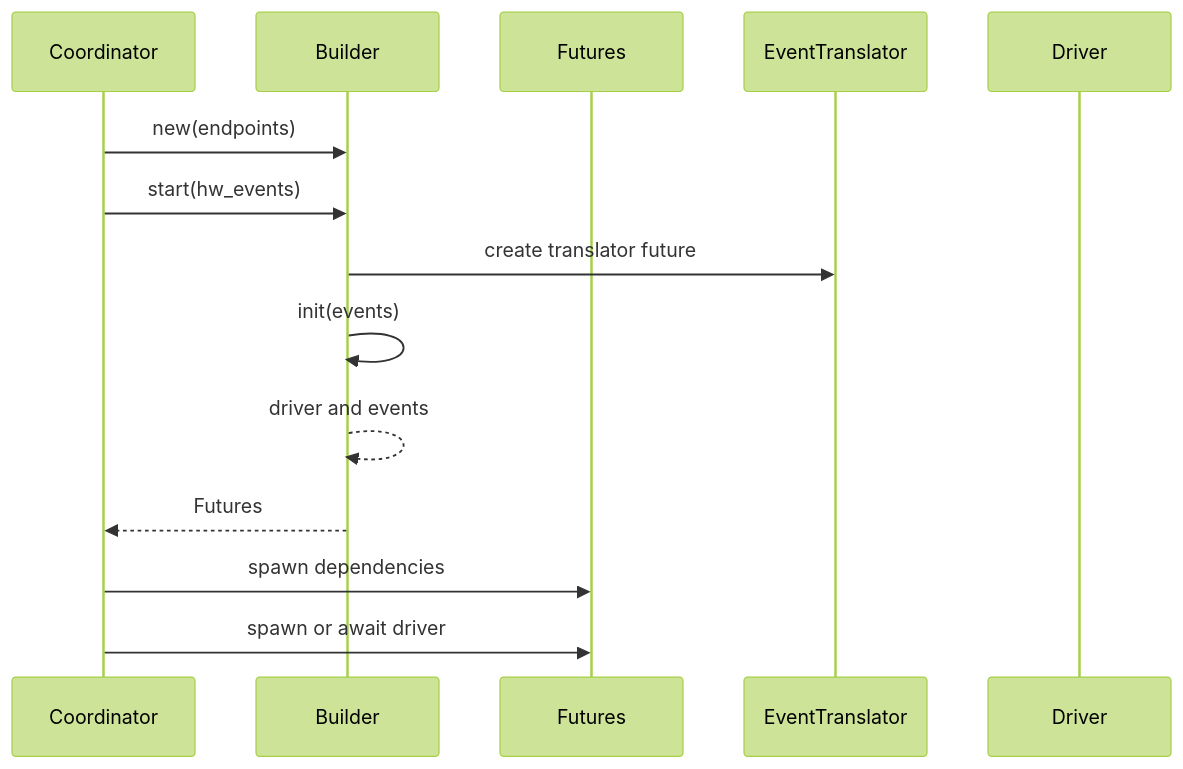
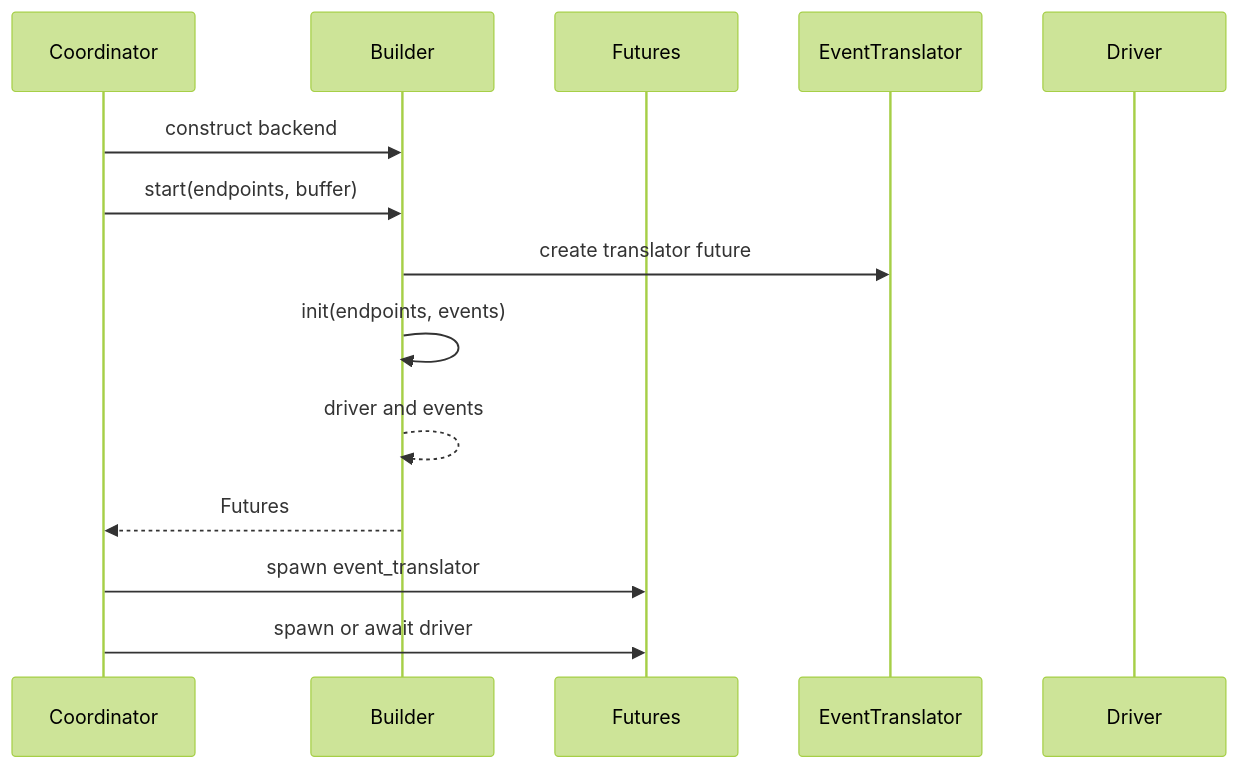
Before and after one commit to PaulmannLighting/apis-saltans: the second of 4 diagrams in hw/ARCHITECTURE.md, drawn with Mermaid (forest theme). The commit also changed other lines of this file and 8 other files, not shown here.

````diff
--- a/hw/ARCHITECTURE.md
+++ b/hw/ARCHITECTURE.md
@@ -164,17 +164,17 @@
 ```mermaid
 sequenceDiagram
     participant C as Coordinator;
     participant B as Builder;
     participant F as Futures;
     participant T as EventTranslator;
     participant D as Driver;
 
-    C->>B: new(endpoints);
-    C->>B: start(hw_events);
+    C->>B: construct backend;
+    C->>B: start(endpoints, buffer);
     B->>T: create translator future;
-    B->>B: init(events);
+    B->>B: init(endpoints, events);
     B-->>B: driver and events;
     B-->>C: Futures;
-    C->>F: spawn dependencies;
+    C->>F: spawn event_translator;
     C->>F: spawn or await driver;
 ```
````
